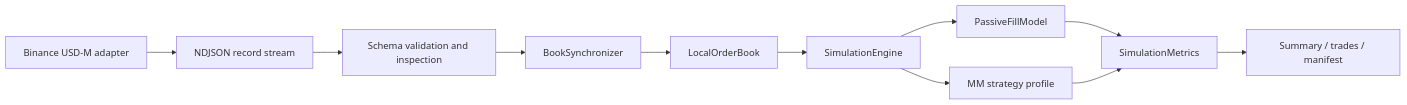
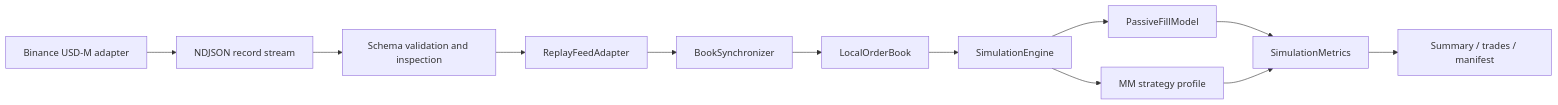
The diagram in docs/hft_reviewer_guide.md (gobrienHFT/lob_sim), drawn with Mermaid before and after one commit. The commit also changed other lines of this file and 14 other files, not shown here.

Commit message:
Add replay feed adapter boundary

````diff
--- a/docs/hft_reviewer_guide.md
+++ b/docs/hft_reviewer_guide.md
@@ -26,13 +27,14 @@
 ```mermaid
 flowchart LR
   A["Binance USD-M adapter"] --> B["NDJSON record stream"]
   B --> C["Schema validation and inspection"]
-  C --> D["BookSynchronizer"]
-  D --> E["LocalOrderBook"]
-  E --> F["SimulationEngine"]
-  F --> G["PassiveFillModel"]
-  F --> H["MM strategy profile"]
-  G --> I["SimulationMetrics"]
-  H --> I
-  I --> J["Summary / trades / manifest"]
+  C --> D["ReplayFeedAdapter"]
+  D --> E["BookSynchronizer"]
+  E --> F["LocalOrderBook"]
+  F --> G["SimulationEngine"]
+  G --> H["PassiveFillModel"]
+  G --> I["MM strategy profile"]
+  H --> J["SimulationMetrics"]
+  I --> J
+  J --> K["Summary / trades / manifest"]
 ```
````
